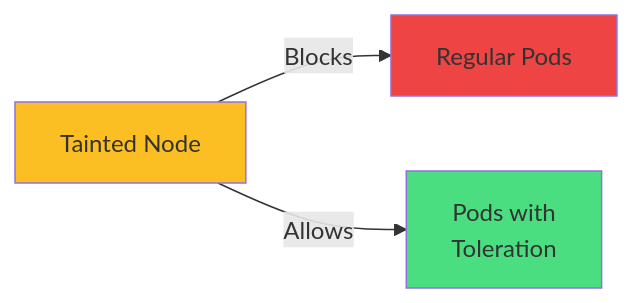
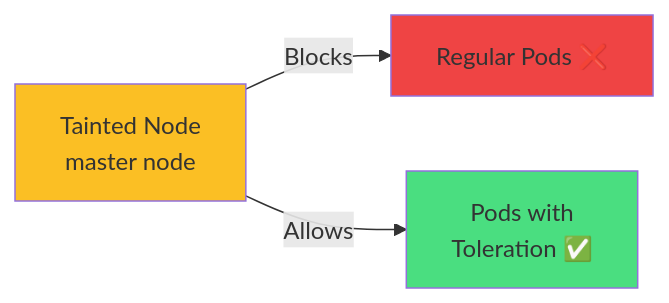
One commit to courselabs/kubernetes changed the eighth of 18 diagrams in slides/daemonsets/slides.md. Above: the diagram before and after it, drawn with Mermaid. The commit also changed other lines of this file and 7 other files, not shown here.

````diff
--- a/slides/daemonsets/slides.md
+++ b/slides/daemonsets/slides.md
@@ -321,8 +364,9 @@
 ```mermaid
 graph LR
-    T[Tainted Node] -->|Blocks| P1[Regular Pods]
-    T -->|Allows| P2[Pods with<br/>Toleration]
+    T[Tainted Node<br/>master node] -->|Blocks| P1[Regular Pods ❌]
+    T -->|Allows| P2[Pods with<br/>Toleration ✅]
+
     style T fill:#fbbf24
     style P1 fill:#ef4444
     style P2 fill:#4ade80
 ```
````
